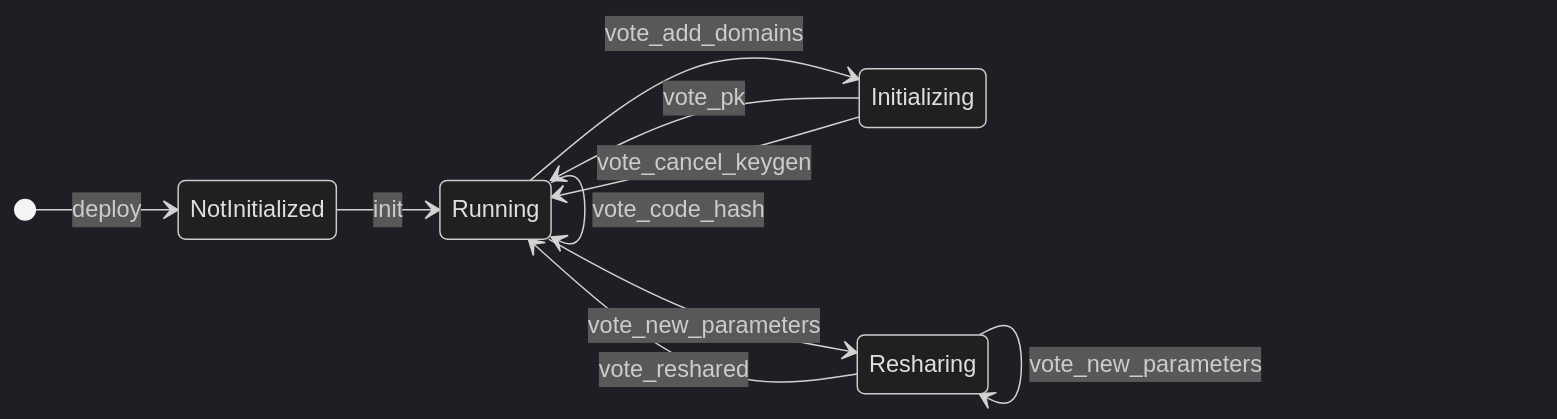
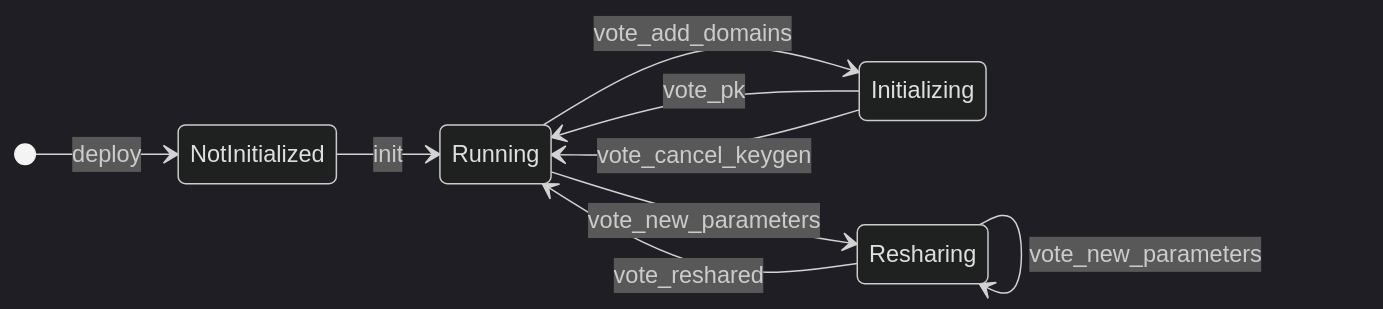
Before and after one commit to near/mpc: the diagram in libs/chain-signatures/contract/readme.md, drawn with Mermaid (dark theme).

Commit message:
Remove redundant docs
Address Kevin's code review comment.

````diff
--- a/libs/chain-signatures/contract/readme.md
+++ b/libs/chain-signatures/contract/readme.md
@@ -33,13 +33,12 @@
 ```mermaid
 stateDiagram-v2
     direction LR
     [*] --> NotInitialized : deploy
     NotInitialized --> Running : init
     Running --> Initializing : vote_add_domains
     Running --> Resharing : vote_new_parameters
-    Running --> Running : vote_code_hash
     Initializing --> Running : vote_pk
     Initializing --> Running : vote_cancel_keygen
     Resharing --> Running : vote_reshared
     Resharing --> Resharing : vote_new_parameters
 ```
````
